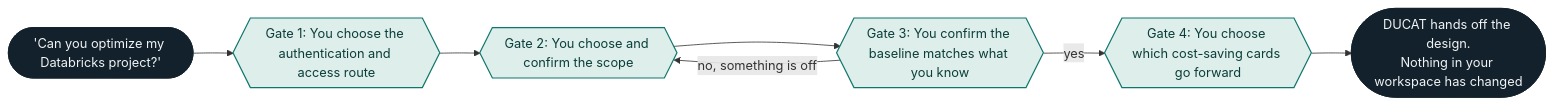
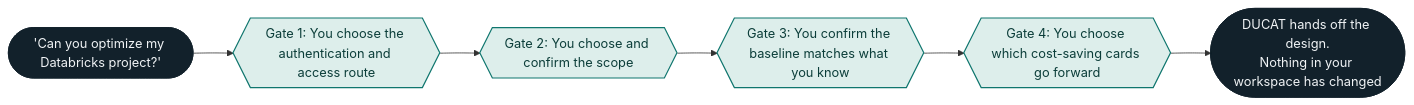
Before and after one commit to CauchyIO/ducat: the first of 2 diagrams in blog/blog.md, drawn with Mermaid. The commit also changed other lines of this file, not shown here.

First line of the commit message:
Refine the blog workflow diagrams after review

````diff
--- a/blog/blog.md
+++ b/blog/blog.md
@@ -48,14 +48,13 @@
 ```mermaid
 flowchart LR
   START(["'Can you optimize my Databricks project?'"]) --> G1{{"Gate 1: You choose the authentication and access route"}}
   G1 --> G2{{"Gate 2: You choose and confirm the scope"}}
   G2 --> G3{{"Gate 3: You confirm the baseline matches what you know"}}
-  G3 -->|"no, something is off"| G2
-  G3 -->|"yes"| G4{{"Gate 4: You choose which cost-saving cards go forward"}}
+  G3 --> G4{{"Gate 4: You choose which cost-saving cards go forward"}}
   G4 --> STOP(["DUCAT hands off the design.<br/>Nothing in your workspace has changed"])
 
   classDef gate fill:#DDEEEB,stroke:#0F766E,stroke-width:1.5px,color:#0B3D39;
   classDef term fill:#12212B,stroke:#12212B,color:#F1F4F6;
   class G1,G2,G3,G4 gate;
   class START,STOP term;
 ```
````
